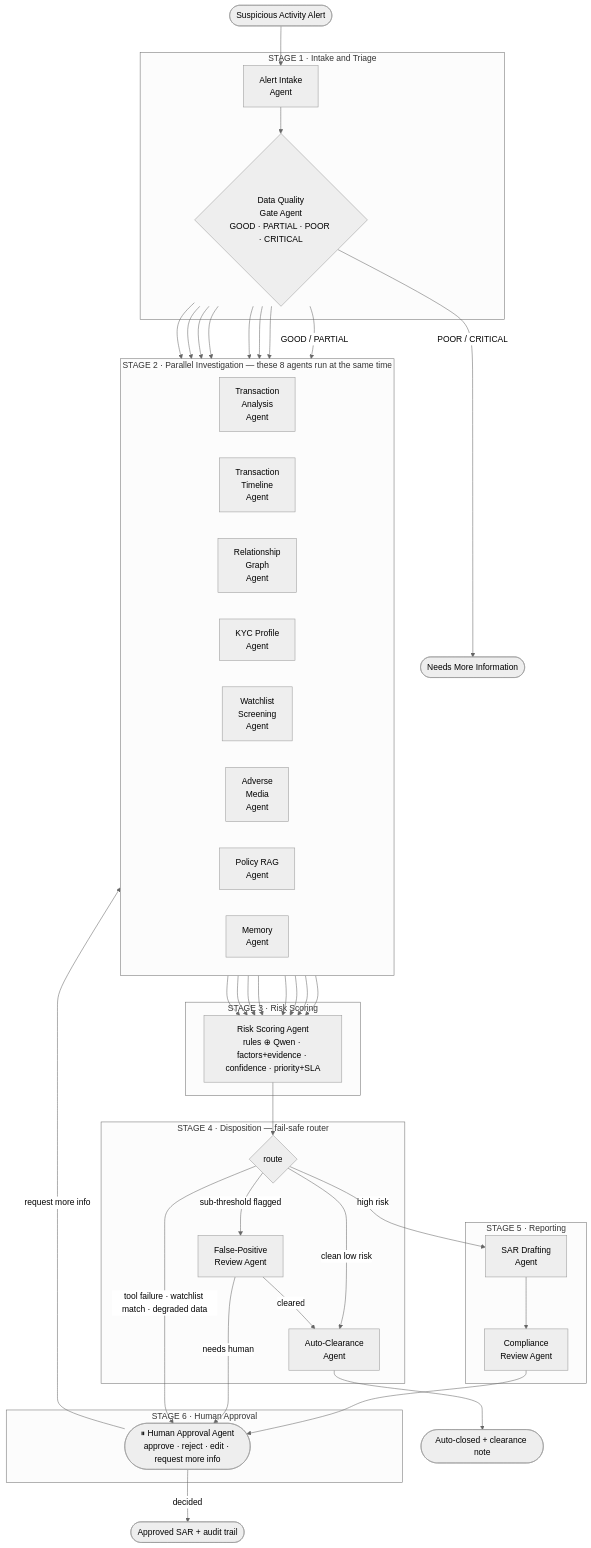
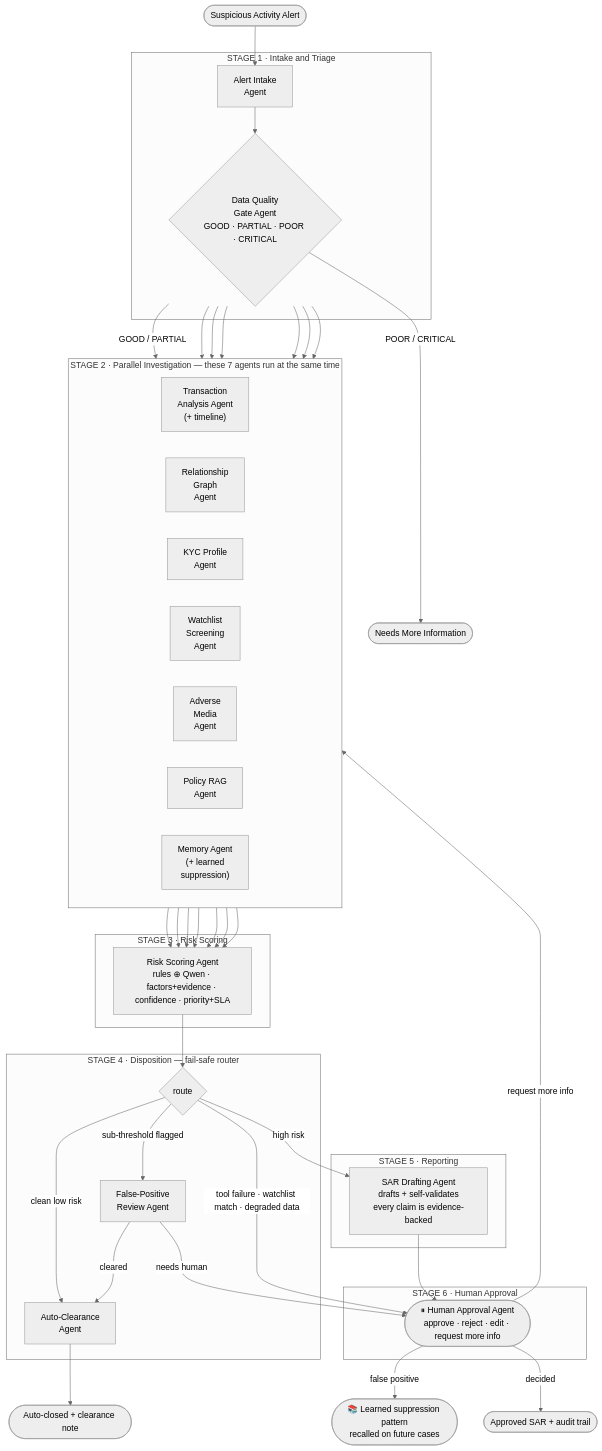
The diagram in README.md (sonnysanputra/ComplianceGuard), drawn with Mermaid (neutral theme) before and after one commit. The commit also changed other lines of this file and 20 other files, not shown here.

````diff
--- a/README.md
+++ b/README.md
@@ -36,50 +52,50 @@
 ```mermaid
 flowchart TD
     A([Suspicious Activity Alert]) --> AI
 
     subgraph S1["STAGE 1 · Intake and Triage"]
         AI["Alert Intake<br/>Agent"] --> DQ{"Data Quality<br/>Gate Agent<br/>GOOD · PARTIAL · POOR · CRITICAL"}
     end
     DQ -->|POOR / CRITICAL| NMI([Needs More Information])
 
-    subgraph S2["STAGE 2 · Parallel Investigation — these 8 agents run at the same time"]
+    subgraph S2["STAGE 2 · Parallel Investigation — these 7 agents run at the same time"]
         direction LR
-        T1["Transaction<br/>Analysis<br/>Agent"]
-        T2["Transaction<br/>Timeline<br/>Agent"]
+        T1["Transaction<br/>Analysis Agent<br/>(+ timeline)"]
         T3["Relationship<br/>Graph<br/>Agent"]
         T4["KYC Profile<br/>Agent"]
         T5["Watchlist<br/>Screening<br/>Agent"]
         T6["Adverse<br/>Media<br/>Agent"]
         T7["Policy RAG<br/>Agent"]
-        T8["Memory<br/>Agent"]
+        T8["Memory Agent<br/>(+ learned<br/>suppression)"]
     end
     DQ -->|GOOD / PARTIAL| T1
-    DQ --> T2 & T3 & T4 & T5 & T6 & T7 & T8
+    DQ --> T3 & T4 & T5 & T6 & T7 & T8
 
     subgraph S3["STAGE 3 · Risk Scoring"]
         RS["Risk Scoring Agent<br/>rules ⊕ Qwen · factors+evidence · confidence · priority+SLA"]
     end
-    T1 & T2 & T3 & T4 & T5 & T6 & T7 & T8 --> RS
+    T1 & T3 & T4 & T5 & T6 & T7 & T8 --> RS
 
     subgraph S4["STAGE 4 · Disposition — fail-safe router"]
         R{route} -->|sub-threshold flagged| FP["False-Positive<br/>Review Agent"]
         R -->|clean low risk| ACL["Auto-Clearance<br/>Agent"]
         FP -->|cleared| ACL
     end
     RS --> R
     ACL --> AC([Auto-closed + clearance note])
 
     subgraph S5["STAGE 5 · Reporting"]
-        SAR["SAR Drafting<br/>Agent"] --> CR["Compliance<br/>Review Agent"]
+        SAR["SAR Drafting Agent<br/>drafts + self-validates<br/>every claim is evidence-backed"]
     end
     R -->|high risk| SAR
 
     subgraph S6["STAGE 6 · Human Approval"]
         H(["⏸ Human Approval Agent<br/>approve · reject · edit · request more info"])
     end
-    CR --> H
+    SAR --> H
     FP -->|needs human| H
     R -->|tool failure · watchlist match · degraded data| H
     H -->|request more info| T1
+    H -->|false positive| LEARN(["📚 Learned suppression pattern<br/>recalled on future cases"])
     H -->|decided| DONE([Approved SAR + audit trail])
 ```
````
